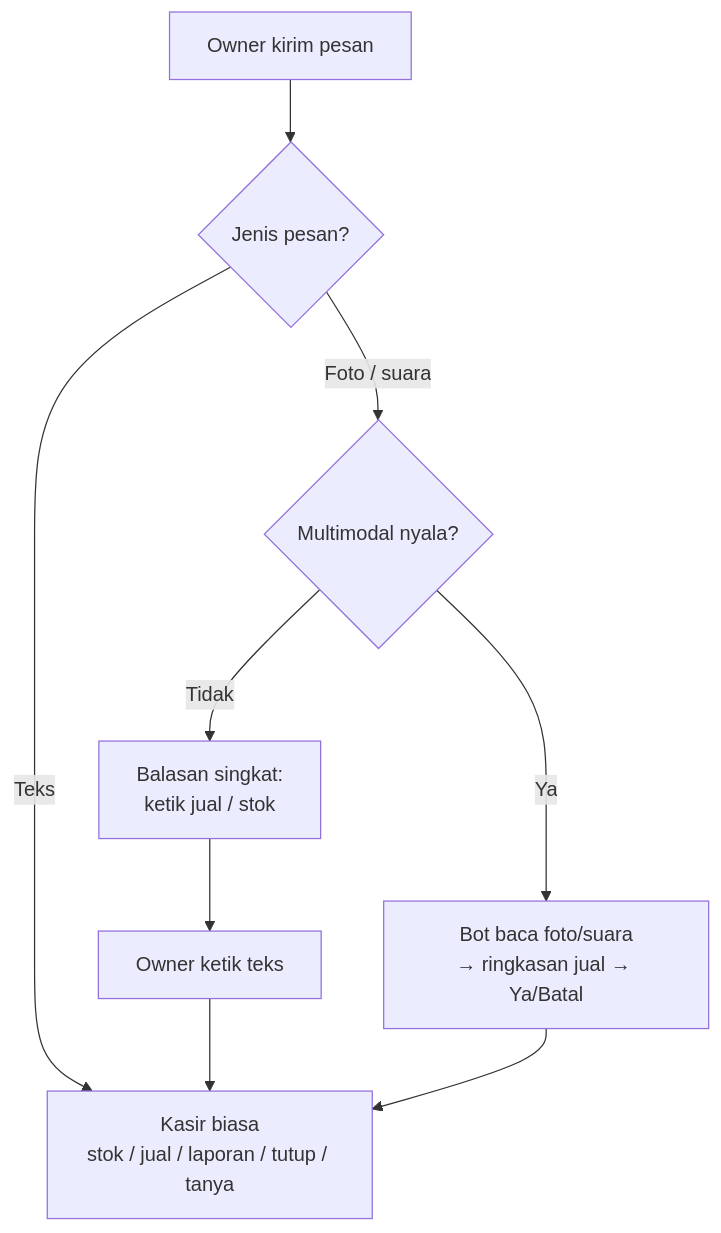
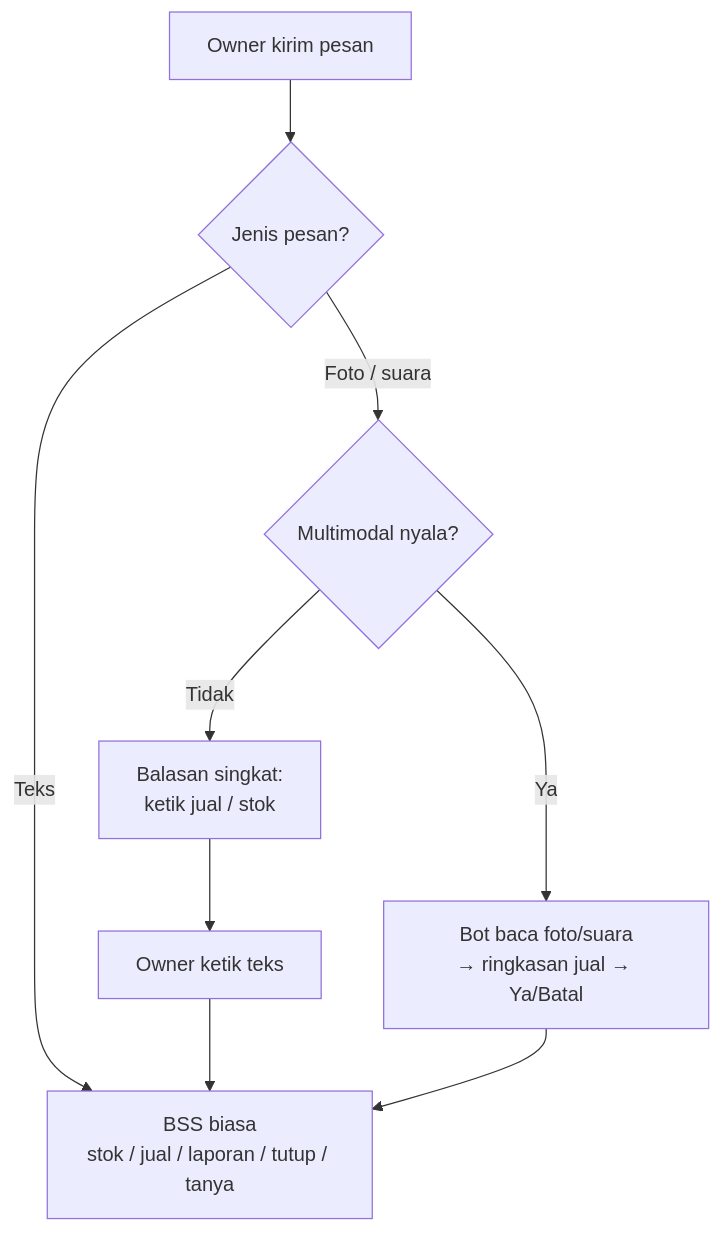
The diagram in diagrams/aistudio/umkm-wa/business/L0c-chat-only.mmd (nusantarasoft/juragan-aibuilder-cup), drawn with Mermaid before and after one commit. The commit also changed 15 other files, not shown here.

```diff
--- a/diagrams/aistudio/umkm-wa/business/L0c-chat-only.mmd
+++ b/diagrams/aistudio/umkm-wa/business/L0c-chat-only.mmd
@@ -1,11 +1,11 @@
 %% Product: chat teks + multimodal soft GA (sales — no eng jargon)
 %% Foto/suara: kalau saklar ON → bisa jadi draft jual; kalau OFF → minta ketik.
 flowchart TB
   A[Owner kirim pesan] --> B{Jenis pesan?}
-  B -->|Teks| C[Kasir biasa<br/>stok / jual / laporan / tutup / tanya]
+  B -->|Teks| C[BSS biasa<br/>stok / jual / laporan / tutup / tanya]
   B -->|Foto / suara| M{Multimodal nyala?}
   M -->|Ya| D[Bot baca foto/suara<br/>→ ringkasan jual → Ya/Batal]
   M -->|Tidak| E[Balasan singkat:<br/>ketik jual / stok]
   E --> F[Owner ketik teks]
   F --> C
   D --> C
```
